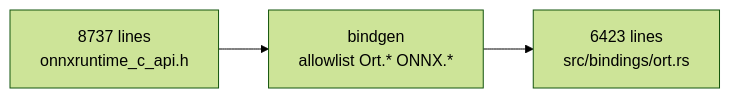
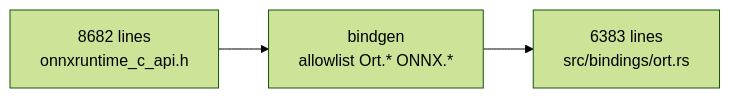
One commit to PratikBarhate/hushar changed the ninth of 18 diagrams in documentation/bindgen.md. Above: the diagram before and after it, drawn with Mermaid (forest theme). The commit also changed other lines of this file and 3548 other files, not shown here.

````diff
--- a/documentation/bindgen.md
+++ b/documentation/bindgen.md
@@ -262,5 +269,5 @@
 ```mermaid
 flowchart LR
-    A["8737 lines<br/>onnxruntime_c_api.h"] --> B["bindgen<br/>allowlist Ort.* ONNX.*"]
-    B --> C["6423 lines<br/>src/bindings/ort.rs"]
+    A["8682 lines<br/>onnxruntime_c_api.h"] --> B["bindgen<br/>allowlist Ort.* ONNX.*"]
+    B --> C["6383 lines<br/>src/bindings/ort.rs"]
 ```
````
